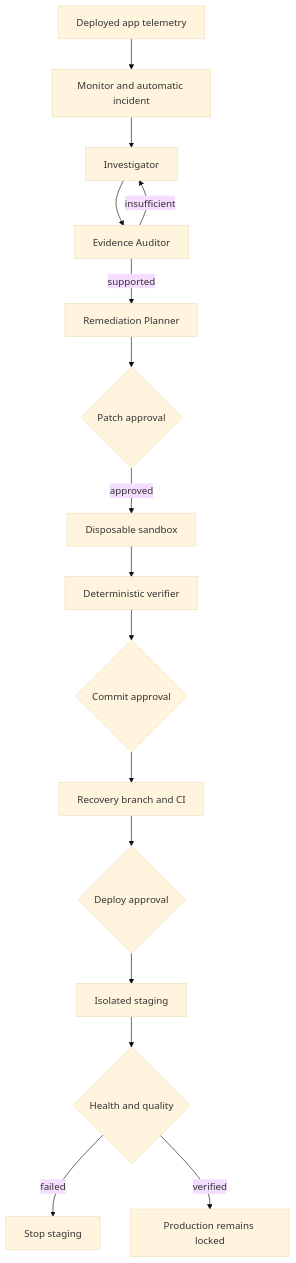
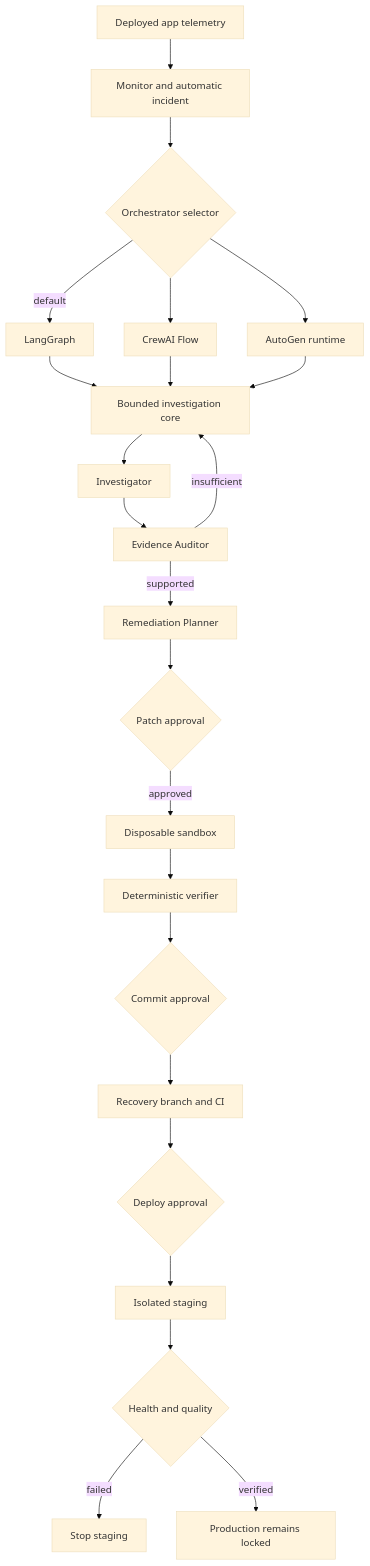
Before and after one commit to 23f3001800/TraceRoot: the diagram in README.md, drawn with Mermaid (base theme). The commit also changed other lines of this file and 12 other files, not shown here.

````diff
--- a/README.md
+++ b/README.md
@@ -53,18 +53,25 @@
 ```mermaid
 flowchart TB
     A[Deployed app telemetry] --> B[Monitor and automatic incident]
-    B --> C[Investigator]
-    C --> D[Evidence Auditor]
+    B --> S{Orchestrator selector}
+    S -->|default| LG[LangGraph]
+    S --> CR[CrewAI Flow]
+    S --> AG[AutoGen runtime]
+    LG --> C[Bounded investigation core]
+    CR --> C
+    AG --> C
+    C --> IV[Investigator]
+    IV --> D[Evidence Auditor]
     D -->|insufficient| C
     D -->|supported| E[Remediation Planner]
     E --> F{Patch approval}
     F -->|approved| G[Disposable sandbox]
     G --> H[Deterministic verifier]
     H --> I{Commit approval}
     I --> J[Recovery branch and CI]
     J --> K{Deploy approval}
     K --> L[Isolated staging]
     L --> M{Health and quality}
     M -->|failed| N[Stop staging]
     M -->|verified| O[Production remains locked]
 ```
````
